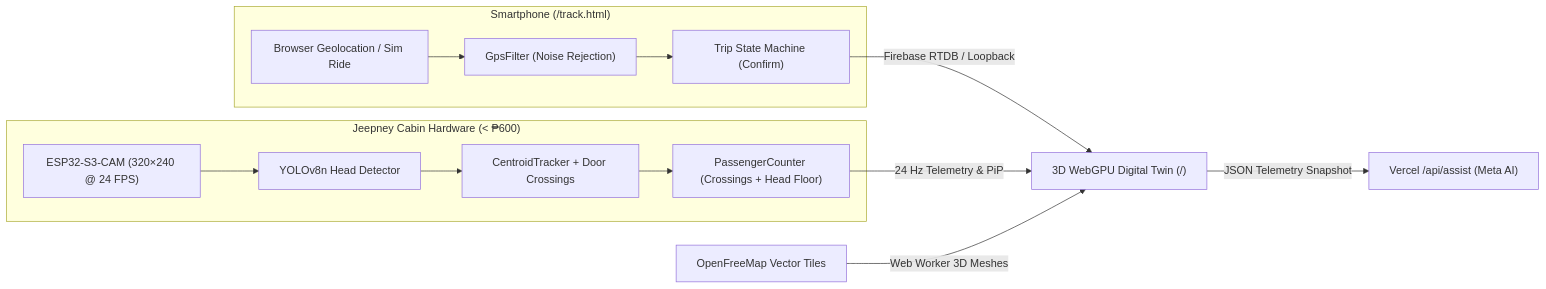
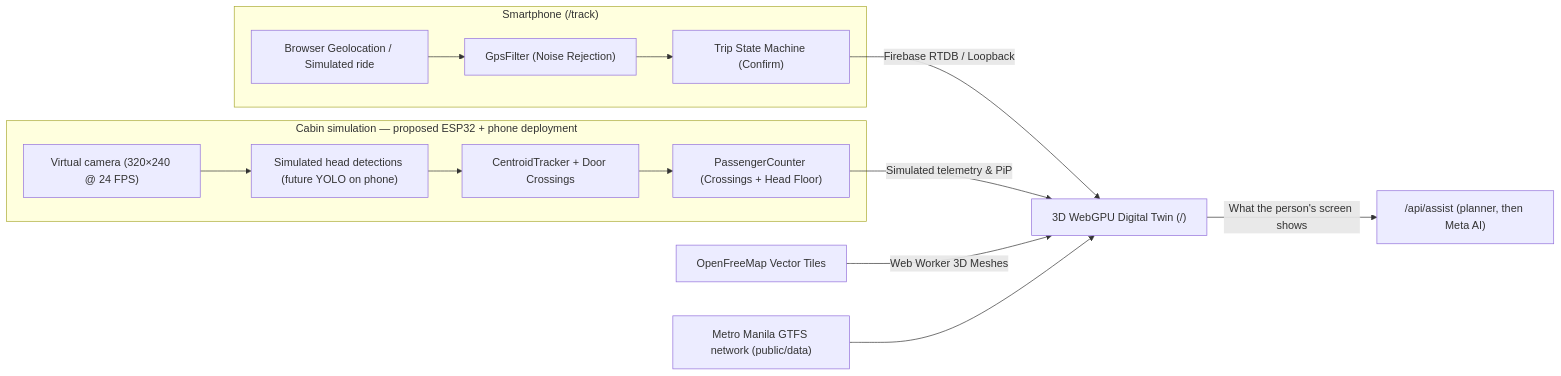
Before and after one commit to Jullemyth122/meta-hackathon-commute-ai: the diagram in README.md, drawn with Mermaid. The commit also changed other lines of this file and 227 other files, not shown here.

````diff
--- a/README.md
+++ b/README.md
@@ -18,18 +30,19 @@
 ```mermaid
 flowchart LR
-  subgraph Phone["Smartphone (/track.html)"]
-    GPS["Browser Geolocation / Sim Ride"] --> Filter["GpsFilter (Noise Rejection)"]
+  subgraph Phone["Smartphone (/track)"]
+    GPS["Browser Geolocation / Simulated ride"] --> Filter["GpsFilter (Noise Rejection)"]
     Filter --> Trip["Trip State Machine (Confirm)"]
   end
 
-  subgraph Edge["Jeepney Cabin Hardware (< ₱600)"]
-    ESP["ESP32-S3-CAM (320×240 @ 24 FPS)"] --> Detect["YOLOv8n Head Detector"]
+  subgraph Edge["Cabin simulation — proposed ESP32 + phone deployment"]
+    ESP["Virtual camera (320×240 @ 24 FPS)"] --> Detect["Simulated head detections (future YOLO on phone)"]
     Detect --> Track["CentroidTracker + Door Crossings"]
     Track --> Count["PassengerCounter (Crossings + Head Floor)"]
   end
 
   Trip -- "Firebase RTDB / Loopback" --> Twin["3D WebGPU Digital Twin (/)"]
-  Count -- "24 Hz Telemetry & PiP" --> Twin
+  Count -- "Simulated telemetry & PiP" --> Twin
   OSM["OpenFreeMap Vector Tiles"] -- "Web Worker 3D Meshes" --> Twin
-  Twin -- "JSON Telemetry Snapshot" --> MetaAPI["Vercel /api/assist (Meta AI)"]
+  GTFS["Metro Manila GTFS network (public/data)"] --> Twin
+  Twin -- "What the person's screen shows" --> MetaAPI["/api/assist (planner, then Meta AI)"]
 ```
````
